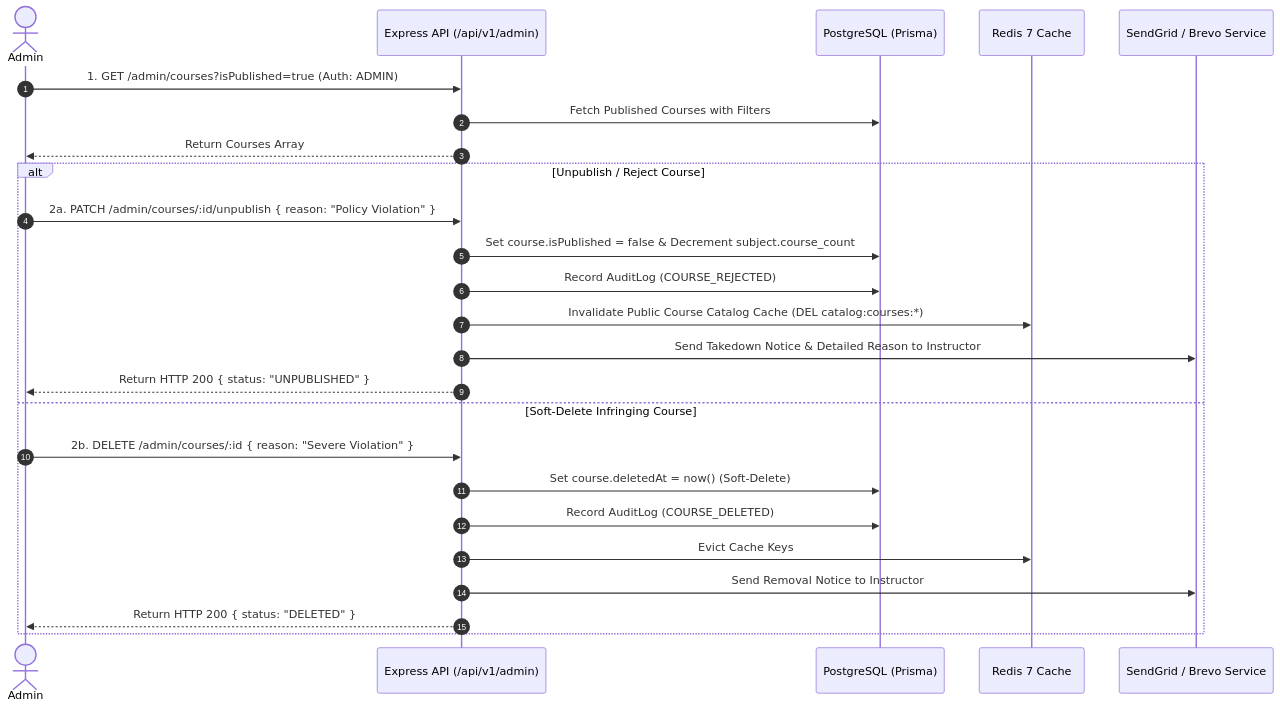
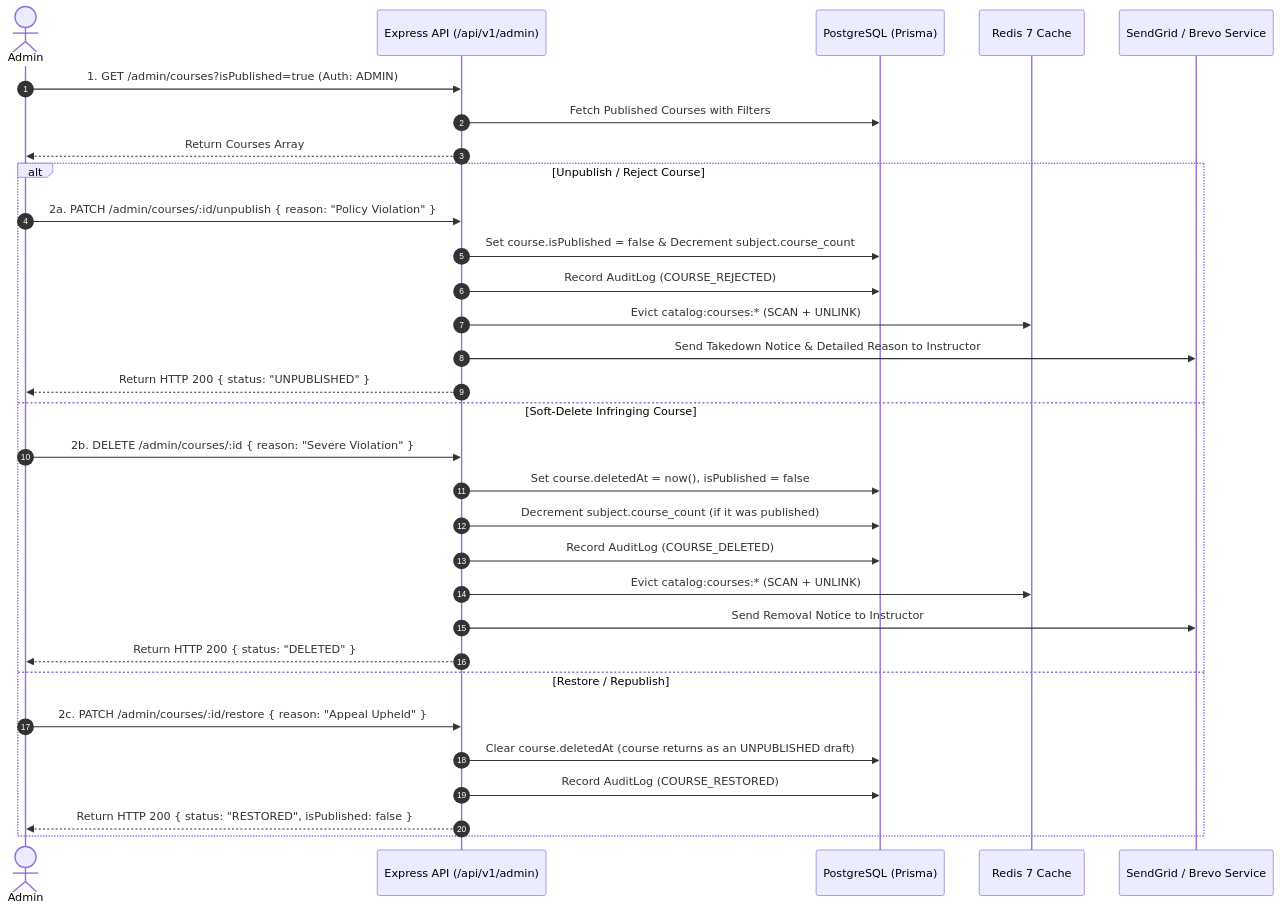
Before and after one commit to NashLucas/EduSphere: the seventh of 8 diagrams in EduTRD.md, drawn with Mermaid. The commit also changed other lines of this file and 1 other file, not shown here.

````diff
--- a/EduTRD.md
+++ b/EduTRD.md
@@ -1010,29 +1287,35 @@
 ```mermaid
 sequenceDiagram
     autonumber
     actor Admin
     participant API as Express API (/api/v1/admin)
     participant DB as PostgreSQL (Prisma)
     participant Cache as Redis 7 Cache
     participant Email as SendGrid / Brevo Service
 
     Admin->>API: 1. GET /admin/courses?isPublished=true (Auth: ADMIN)
     API->>DB: Fetch Published Courses with Filters
     API-->>Admin: Return Courses Array
 
     alt Unpublish / Reject Course
         Admin->>API: 2a. PATCH /admin/courses/:id/unpublish { reason: "Policy Violation" }
         API->>DB: Set course.isPublished = false & Decrement subject.course_count
         API->>DB: Record AuditLog (COURSE_REJECTED)
-        API->>Cache: Invalidate Public Course Catalog Cache (DEL catalog:courses:*)
+        API->>Cache: Evict catalog:courses:* (SCAN + UNLINK)
         API->>Email: Send Takedown Notice & Detailed Reason to Instructor
         API-->>Admin: Return HTTP 200 { status: "UNPUBLISHED" }
     else Soft-Delete Infringing Course
         Admin->>API: 2b. DELETE /admin/courses/:id { reason: "Severe Violation" }
-        API->>DB: Set course.deletedAt = now() (Soft-Delete)
+        API->>DB: Set course.deletedAt = now(), isPublished = false
+        API->>DB: Decrement subject.course_count (if it was published)
         API->>DB: Record AuditLog (COURSE_DELETED)
-        API->>Cache: Evict Cache Keys
+        API->>Cache: Evict catalog:courses:* (SCAN + UNLINK)
         API->>Email: Send Removal Notice to Instructor
         API-->>Admin: Return HTTP 200 { status: "DELETED" }
+    else Restore / Republish
+        Admin->>API: 2c. PATCH /admin/courses/:id/restore { reason: "Appeal Upheld" }
+        API->>DB: Clear course.deletedAt (course returns as an UNPUBLISHED draft)
+        API->>DB: Record AuditLog (COURSE_RESTORED)
+        API-->>Admin: Return HTTP 200 { status: "RESTORED", isPublished: false }
     end
 ```
````
